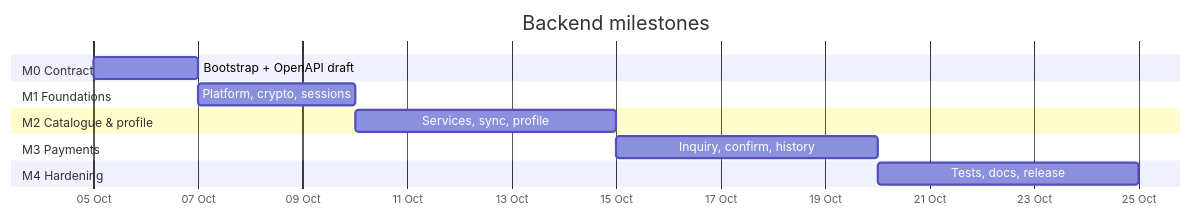
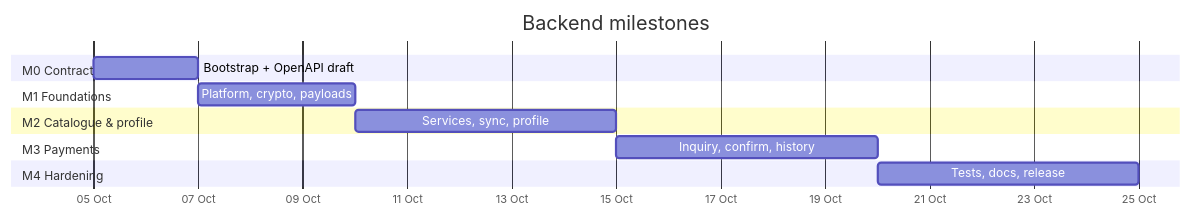
Before and after one commit to M-o-m-e-n/Momkn-pay-backend: the first of 2 diagrams in docs/MILESTONES.md, drawn with Mermaid. The commit also changed other lines of this file and 2 other files, not shown here.

First line of the commit message:
docs: remove the last descriptions of sessions as current behaviour

````diff
--- a/docs/MILESTONES.md
+++ b/docs/MILESTONES.md
@@ -23,16 +23,16 @@
 ```mermaid
 gantt
     title Backend milestones
     dateFormat  YYYY-MM-DD
     axisFormat  %d %b
     section M0 Contract
     Bootstrap + OpenAPI draft      :m0, 2026-10-05, 2d
     section M1 Foundations
-    Platform, crypto, sessions     :m1, after m0, 3d
+    Platform, crypto, payloads     :m1, after m0, 3d
     section M2 Catalogue & profile
     Services, sync, profile        :m2, after m1, 5d
     section M3 Payments
     Inquiry, confirm, history      :m3, after m2, 5d
     section M4 Hardening
     Tests, docs, release           :m4, after m3, 5d
 ```
````
